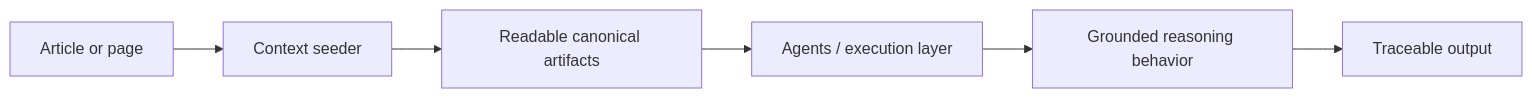
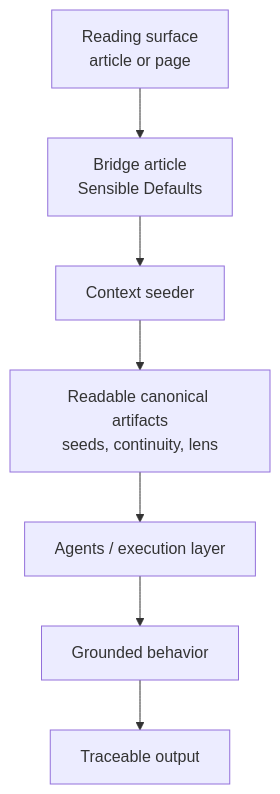
Before and after one commit to Mikeys-Tech-Lab/poc: the diagram in apps/site/src/content/docs/en-us/about/architecture.mdx, drawn with Mermaid. The commit also changed other lines of this file and 14 other files, not shown here.

First line of the commit message:
fix(astro): refine clarity reading and activation flow

````diff
--- a/apps/site/src/content/docs/en-us/about/architecture.mdx
+++ b/apps/site/src/content/docs/en-us/about/architecture.mdx
@@ -52,11 +54,12 @@
 ```mermaid
-flowchart LR
-    A["Article or page"]
-    B["Context seeder"]
-    C["Readable canonical artifacts"]
-    X["Agents / execution layer"]
-    D["Grounded reasoning behavior"]
-    E["Traceable output"]
+flowchart TD
+    A["Reading surface<br/>article or page"]
+    B["Bridge article<br/>Sensible Defaults"]
+    C["Context seeder"]
+    D["Readable canonical artifacts<br/>seeds, continuity, lens"]
+    E["Agents / execution layer"]
+    F["Grounded behavior"]
+    G["Traceable output"]
 
-    A --> B --> C --> X --> D --> E
+    A --> B --> C --> D --> E --> F --> G
 ```
````
